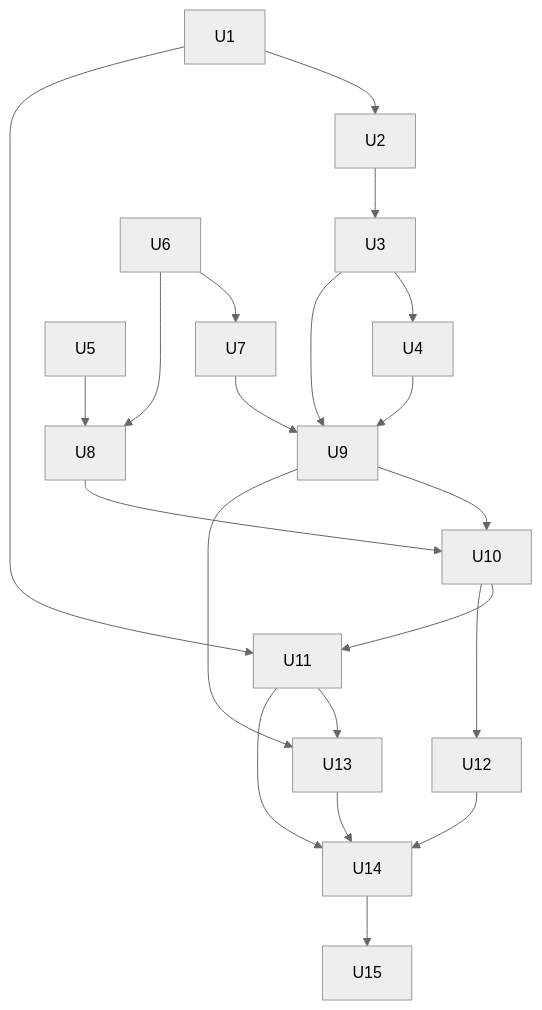
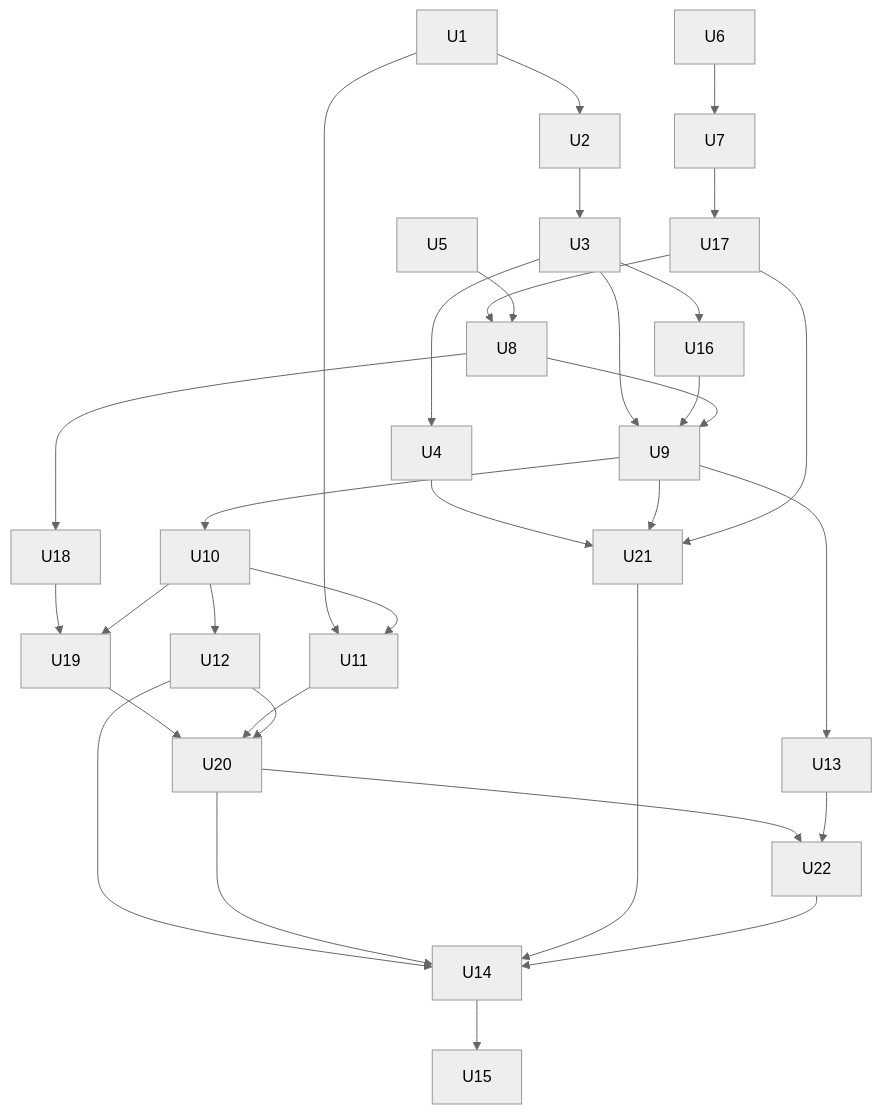
Before and after one commit to icosahedron/csharp-ansatz: the second of 2 diagrams in docs/plans/2026-11-08-1445-feat-m6-contracts-effects-plan.md, drawn with Mermaid (neutral theme). The commit also changed other lines of this file, not shown here.

````diff
--- a/docs/plans/2026-11-08-1445-feat-m6-contracts-effects-plan.md
+++ b/docs/plans/2026-11-08-1445-feat-m6-contracts-effects-plan.md
@@ -304,13 +334,17 @@
 ```mermaid
 flowchart TB
-  U1 --> U2 --> U3 --> U4
+  U1 --> U2 --> U3
+  U3 --> U16
+  U3 --> U4
+  U6 --> U7 --> U17 --> U8 --> U18
   U5 --> U8
-  U6 --> U7
-  U6 --> U8
-  U3 & U4 & U7 --> U9
-  U8 & U9 --> U10
+  U3 & U16 & U8 --> U9 --> U10
   U1 & U10 --> U11
   U10 --> U12
-  U9 & U11 --> U13
-  U11 & U12 & U13 --> U14 --> U15
+  U18 & U10 --> U19
+  U19 & U11 & U12 --> U20
+  U4 & U9 & U17 --> U21
+  U9 --> U13
+  U20 & U13 --> U22
+  U12 & U20 & U21 & U22 --> U14 --> U15
 ```
````
